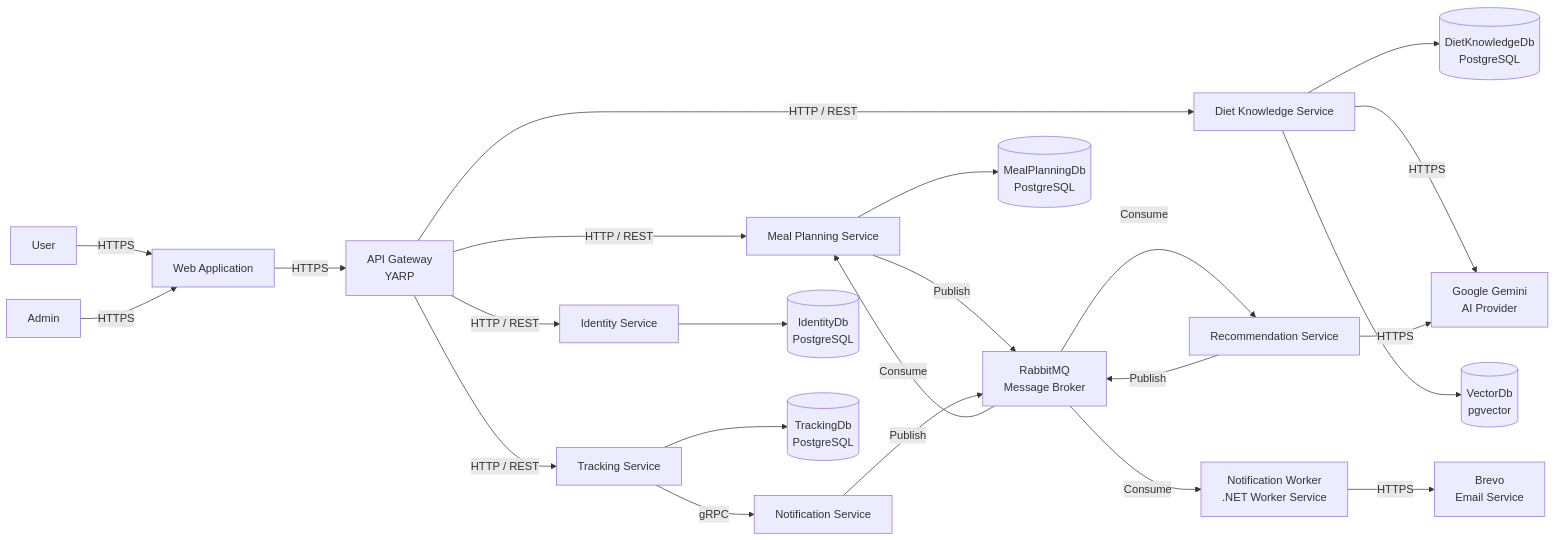
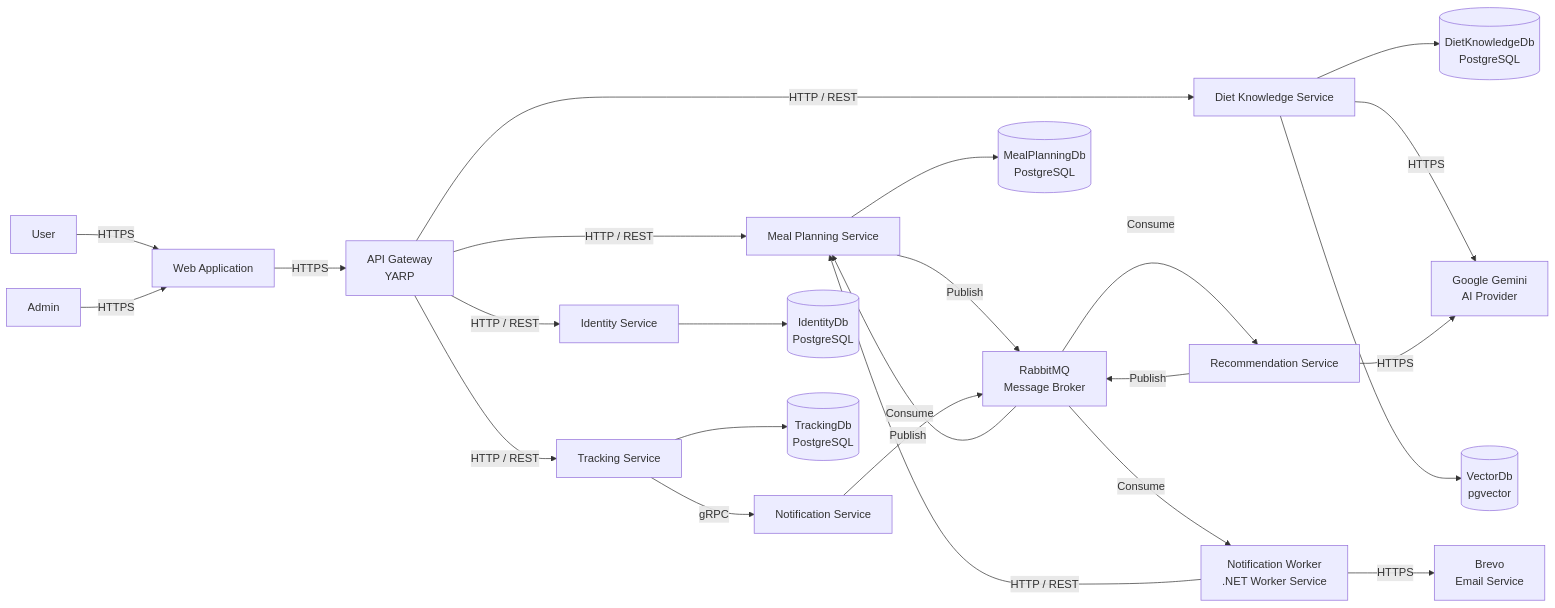
Before and after one commit to HAIANH29/PRN232_ASM_PROJECT: the diagram in docs/c4/C1-Internal-Architecture.md, drawn with Mermaid. The commit also changed other lines of this file and 59 other files, not shown here.

````diff
--- a/docs/c4/C1-Internal-Architecture.md
+++ b/docs/c4/C1-Internal-Architecture.md
@@ -3,51 +3,52 @@
 ```mermaid
 flowchart LR
     User[User]
     Admin[Admin]
     Web[Web Application]
     Gateway[API Gateway\nYARP]
 
     Identity[Identity Service]
     Diet[Diet Knowledge Service]
     Meal[Meal Planning Service]
     Tracking[Tracking Service]
     Recommendation[Recommendation Service]
     Notification[Notification Service]
     Worker[Notification Worker\n.NET Worker Service]
     Rabbit[RabbitMQ\nMessage Broker]
 
     IdentityDb[(IdentityDb\nPostgreSQL)]
     DietDb[(DietKnowledgeDb\nPostgreSQL)]
     MealDb[(MealPlanningDb\nPostgreSQL)]
     TrackingDb[(TrackingDb\nPostgreSQL)]
     VectorDb[(VectorDb\npgvector)]
     Gemini[Google Gemini\nAI Provider]
     Brevo[Brevo\nEmail Service]
 
     User -->|HTTPS| Web
     Admin -->|HTTPS| Web
     Web -->|HTTPS| Gateway
 
     Gateway -->|HTTP / REST| Identity
     Gateway -->|HTTP / REST| Diet
     Gateway -->|HTTP / REST| Meal
     Gateway -->|HTTP / REST| Tracking
 
     Identity --> IdentityDb
     Diet --> DietDb
     Diet -->|HTTPS| Gemini
     Diet --> VectorDb
     Meal --> MealDb
     Tracking --> TrackingDb
 
     Meal -->|Publish| Rabbit
     Rabbit -->|Consume| Recommendation
     Recommendation -->|HTTPS| Gemini
     Recommendation -->|Publish| Rabbit
     Rabbit -->|Consume| Meal
 
     Tracking -->|gRPC| Notification
     Notification -->|Publish| Rabbit
     Rabbit -->|Consume| Worker
     Worker -->|HTTPS| Brevo
+    Worker -->|HTTP / REST| Meal
 ```
````
